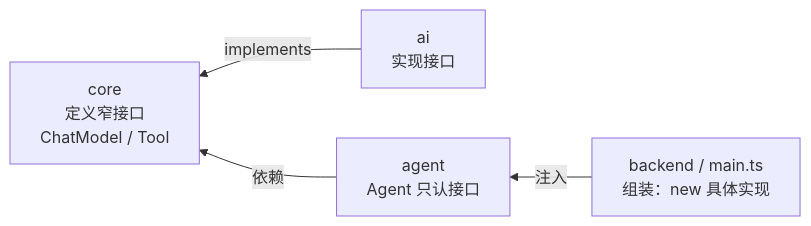
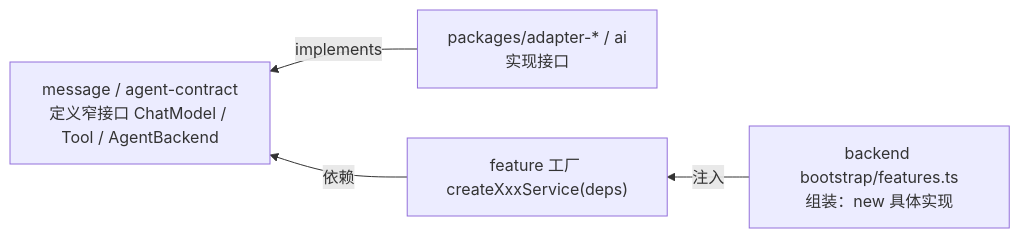
One commit to Chengchcc/my-agent-dev changed the diagram in docs/architecture/foundations/dependency-injection.md. Above: the diagram before and after it, drawn with Mermaid. The commit also changed other lines of this file and 20 other files, not shown here.

First line of the commit message:
docs(repo): restructure architecture wiki for the workflow era

````diff
--- a/docs/architecture/foundations/dependency-injection.md
+++ b/docs/architecture/foundations/dependency-injection.md
@@ -36,6 +21,6 @@
 ```mermaid
 flowchart RL
-  Backend["backend / main.ts<br/>组装：new 具体实现"] -->|注入| Agent["agent<br/>Agent 只认接口"]
-  Adapter["ai<br/>实现接口"] -->|implements| Core
-  Agent -->|依赖| Core["core<br/>定义窄接口<br/>ChatModel / Tool"]
+  Backend["backend bootstrap/features.ts<br/>组装：new 具体实现"] -->|注入| Features["feature 工厂 createXxxService(deps)"]
+  Adapter["packages/adapter-* / ai<br/>实现接口"] -->|implements| Contracts
+  Features -->|依赖| Contracts["message / agent-contract<br/>定义窄接口 ChatModel / Tool / AgentBackend"]
 ```
````
